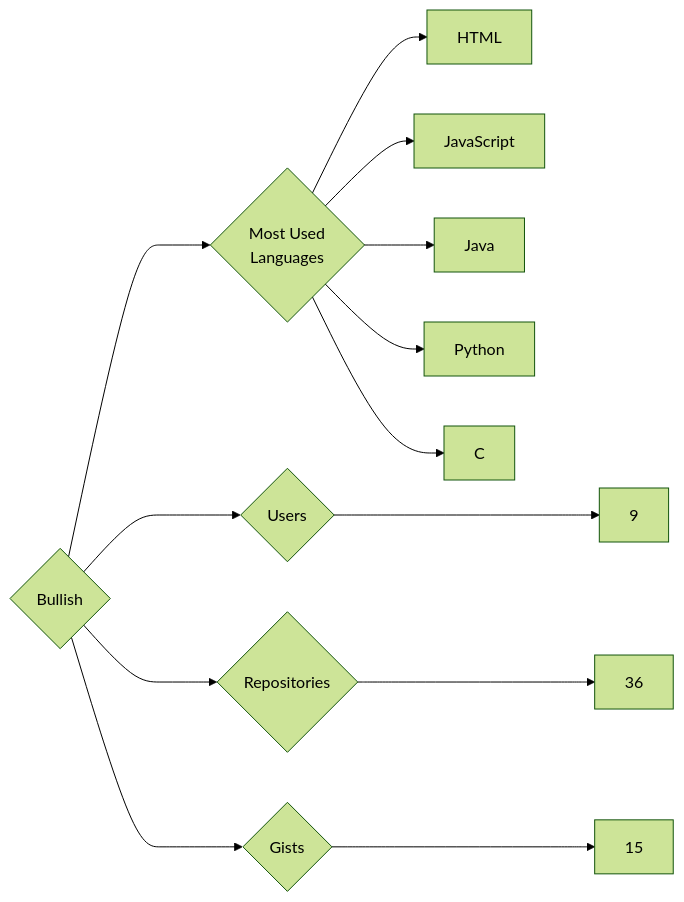
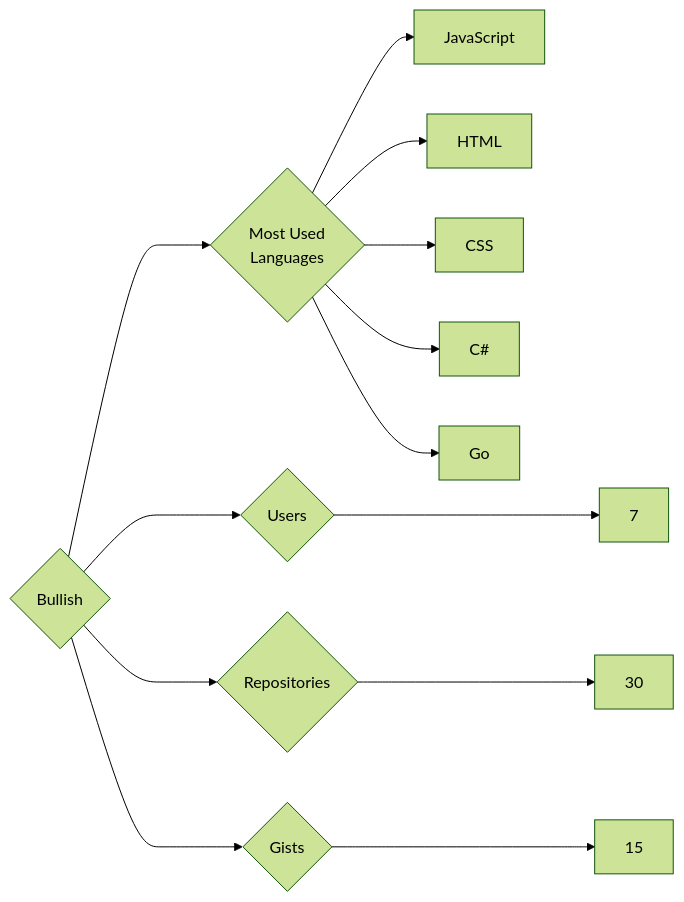
The diagram in targets/Bullish/README.md (trickest/insiders), drawn with Mermaid (forest theme) before and after one commit. The commit also changed 847 other files, not shown here.

````diff
--- a/targets/Bullish/README.md
+++ b/targets/Bullish/README.md
@@ -3,13 +3,13 @@
 ```mermaid
 graph LR
 COMPANY_NAME{Bullish}
-COMPANY_NAME ---> U{Users} ---> UN[9]
-COMPANY_NAME ---> R{Repositories} ---> RN[36]
+COMPANY_NAME ---> U{Users} ---> UN[7]
+COMPANY_NAME ---> R{Repositories} ---> RN[30]
 COMPANY_NAME ---> G{Gists} ---> GN[15]
 COMPANY_NAME ---> ML{Most Used<br>Languages}
+ML --> JavaScript[JavaScript]
 ML --> HTML[HTML]
-ML --> JavaScript[JavaScript]
-ML --> Java[Java]
-ML --> Python[Python]
-ML --> C[C]
+ML --> CSS[CSS]
+ML --> C#[C#]
+ML --> Go[Go]
 ```
````
